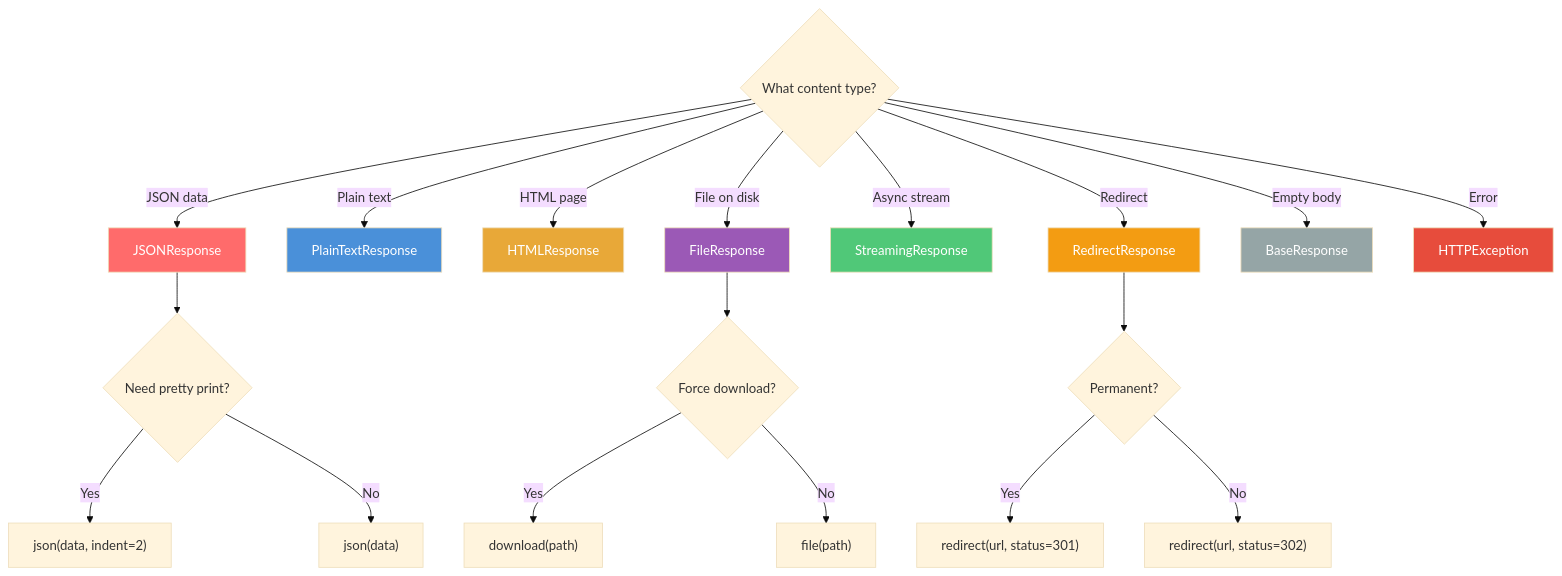
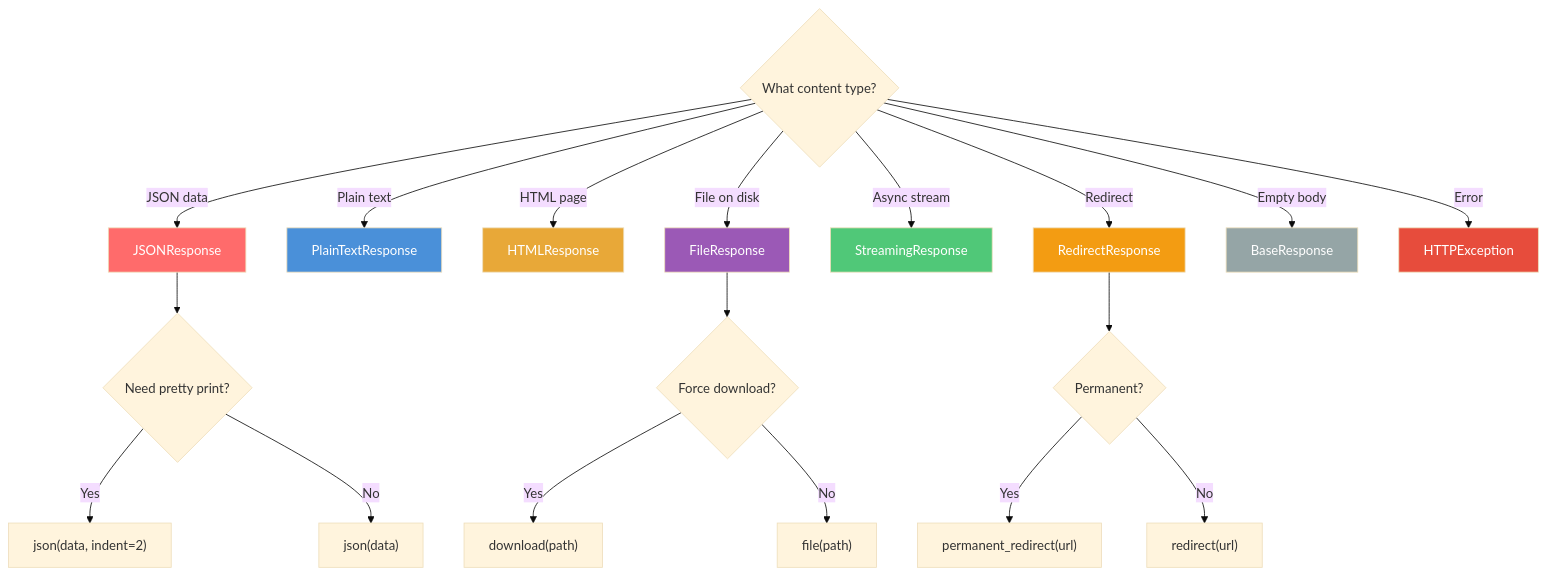
One commit to sillohq/core changed the seventh of 7 diagrams in docs/docs/src/content/docs/v1.0/advanced/http-response.md. Above: the diagram before and after it, drawn with Mermaid (base theme). The commit also changed other lines of this file and 53 other files, not shown here.

````diff
--- a/docs/docs/src/content/docs/v1.0/advanced/http-response.md
+++ b/docs/docs/src/content/docs/v1.0/advanced/http-response.md
@@ -1673,32 +1673,32 @@
 ```mermaid
 flowchart TD
     Q1{What content type?} --> |"JSON data"| JSONR[JSONResponse]
     Q1 --> |"Plain text"| PLAIN[PlainTextResponse]
     Q1 --> |"HTML page"| HTMLR[HTMLResponse]
     Q1 --> |"File on disk"| FILE[FileResponse]
     Q1 --> |"Async stream"| STREAM[StreamingResponse]
     Q1 --> |"Redirect"| REDIR[RedirectResponse]
     Q1 --> |"Empty body"| EMPTY[BaseResponse]
     Q1 --> |"Error"| ERROR[HTTPException]
 
     JSONR --> Q2{Need pretty print?}
     Q2 --> |Yes| PP["json(data, indent=2)"]
     Q2 --> |No| COMPACT["json(data)"]
 
     FILE --> Q3{Force download?}
     Q3 --> |Yes| DL["download(path)"]
     Q3 --> |No| INLINE["file(path)"]
 
     REDIR --> Q4{Permanent?}
-    Q4 --> |Yes| PERM["redirect(url, status=301)"]
-    Q4 --> |No| TEMP["redirect(url, status=302)"]
+    Q4 --> |Yes| PERM["permanent_redirect(url)"]
+    Q4 --> |No| TEMP["redirect(url)"]
 
     style JSONR fill:#FF6B6B,color:#fff
     style PLAIN fill:#4A90D9,color:#fff
     style HTMLR fill:#E8A838,color:#fff
     style FILE fill:#9B59B6,color:#fff
     style STREAM fill:#50C878,color:#fff
     style REDIR fill:#F39C12,color:#fff
     style EMPTY fill:#95A5A6,color:#fff
     style ERROR fill:#E74C3C,color:#fff
 ```
````
